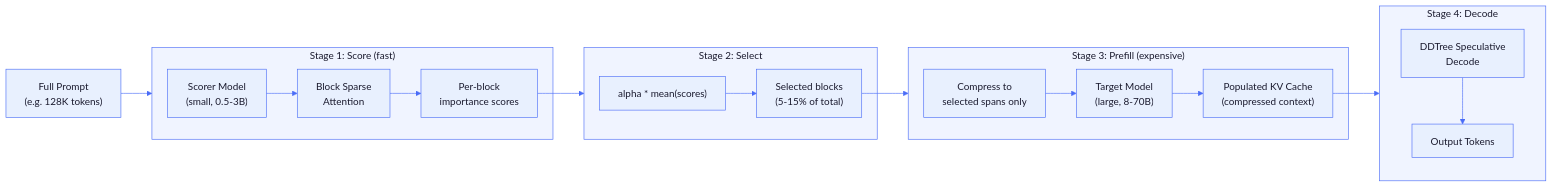
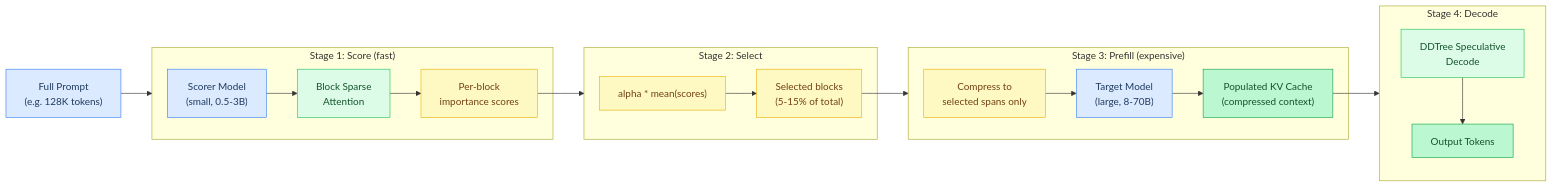
The third of 7 diagrams in docs/tutorial/19-pflash-and-block-sparse.md (maci0/agave), drawn with Mermaid before and after one commit. The commit also changed other lines of this file and 24 other files, not shown here.

First line of the commit message:
docs: convert all mermaid diagrams to classDef semantic colors

````diff
--- a/docs/tutorial/19-pflash-and-block-sparse.md
+++ b/docs/tutorial/19-pflash-and-block-sparse.md
@@ -191,50 +186,45 @@
 ```mermaid
-%%{init: {'theme': 'base', 'themeVariables': {
-  'primaryColor': '#e8f0fe',
-  'primaryTextColor': '#1a1a2e',
-  'primaryBorderColor': '#4a6cf7',
-  'lineColor': '#4a6cf7',
-  'secondaryColor': '#f0f4ff',
-  'tertiaryColor': '#f8f9ff',
-  'edgeLabelBackground': '#ffffff',
-  'clusterBkg': '#f0f4ff',
-  'clusterBorder': '#4a6cf7',
-  'titleColor': '#1a1a2e',
-  'nodeTextColor': '#1a1a2e',
-  'fontFamily': 'ui-monospace, SFMono-Regular, monospace'
-}}}%%
 flowchart LR
-    Prompt["Full Prompt\n(e.g. 128K tokens)"] --> Score
+    classDef setup     fill:#dbeafe,stroke:#3b82f6,color:#1e3a5f
+    classDef sync      fill:#dcfce7,stroke:#22c55e,color:#14532d
+    classDef migration fill:#fef9c3,stroke:#eab308,color:#713f12
+    classDef success   fill:#bbf7d0,stroke:#16a34a,color:#14532d
+    classDef danger    fill:#fee2e2,stroke:#ef4444,color:#7f1d1d
+    classDef optional  fill:#f3e8ff,stroke:#9333ea,color:#581c87
+
+    Prompt["Full Prompt\n(e.g. 128K tokens)"]:::setup
+    Scorer["Scorer Model\n(small, 0.5-3B)"]:::setup
+    Sparse["Block Sparse\nAttention"]:::sync
+    BlockScores["Per-block\nimportance scores"]:::migration
+    Threshold["alpha * mean(scores)"]:::migration
+    Kept["Selected blocks\n(5-15% of total)"]:::migration
+    Compress["Compress to\nselected spans only"]:::migration
+    Target["Target Model\n(large, 8-70B)"]:::setup
+    KVCache["Populated KV Cache\n(compressed context)"]:::success
+    DDTree["DDTree Speculative\nDecode"]:::sync
+    Tokens["Output Tokens"]:::success
+
+    Prompt --> Score
 
     subgraph Score["Stage 1: Score (fast)"]
-        Scorer["Scorer Model\n(small, 0.5-3B)"]
-        Sparse["Block Sparse\nAttention"]
-        BlockScores["Per-block\nimportance scores"]
         Scorer --> Sparse --> BlockScores
     end
 
     BlockScores --> Select
 
     subgraph Select["Stage 2: Select"]
-        Threshold["alpha * mean(scores)"]
-        Kept["Selected blocks\n(5-15% of total)"]
         Threshold --> Kept
     end
 
     Kept --> Prefill
 
     subgraph Prefill["Stage 3: Prefill (expensive)"]
-        Compress["Compress to\nselected spans only"]
-        Target["Target Model\n(large, 8-70B)"]
-        KVCache["Populated KV Cache\n(compressed context)"]
         Compress --> Target --> KVCache
     end
 
     KVCache --> Decode
 
     subgraph Decode["Stage 4: Decode"]
-        DDTree["DDTree Speculative\nDecode"]
-        Tokens["Output Tokens"]
         DDTree --> Tokens
     end
 ```
````
